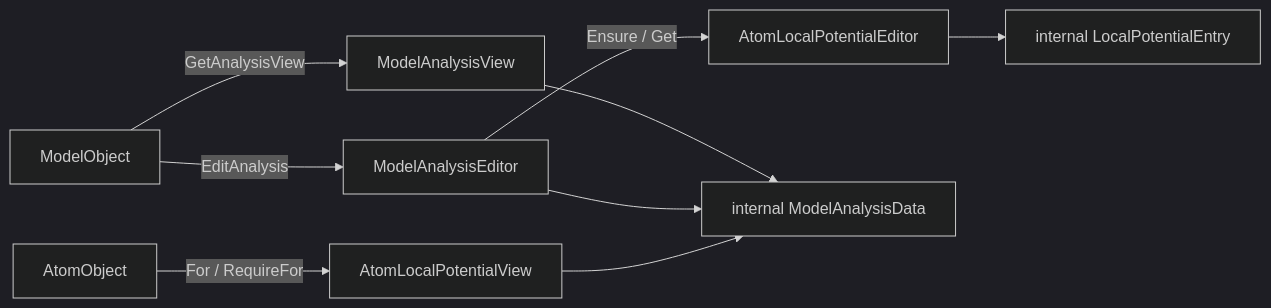
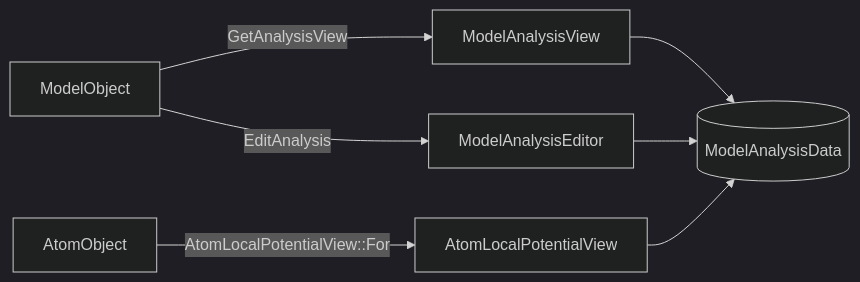
Before and after one commit to yslianTim/rhbm_gem: the diagram in docs/developer/architecture/object-architecture.md, drawn with Mermaid (dark theme). The commit also changed other lines of this file and 65 other files, not shown here.

Commit message:
Refactor data object and I/O system

````diff
--- a/docs/developer/architecture/object-architecture.md
+++ b/docs/developer/architecture/object-architecture.md
@@ -281,11 +50,9 @@
 ```mermaid
 flowchart LR
-    A["ModelObject"] -->|GetAnalysisView| B["ModelAnalysisView"]
-    A -->|EditAnalysis| C["ModelAnalysisEditor"]
-    D["AtomObject"] -->|For / RequireFor| E["AtomLocalPotentialView"]
-    C -->|Ensure / Get| F["AtomLocalPotentialEditor"]
-    B --> G["internal ModelAnalysisData"]
-    C --> G
-    E --> G
-    F --> H["internal LocalPotentialEntry"]
+    M[ModelObject] -->|GetAnalysisView| V[ModelAnalysisView]
+    M -->|EditAnalysis| E[ModelAnalysisEditor]
+    A[AtomObject] -->|AtomLocalPotentialView::For| L[AtomLocalPotentialView]
+    V --> D[(ModelAnalysisData)]
+    E --> D
+    L --> D
 ```
````
